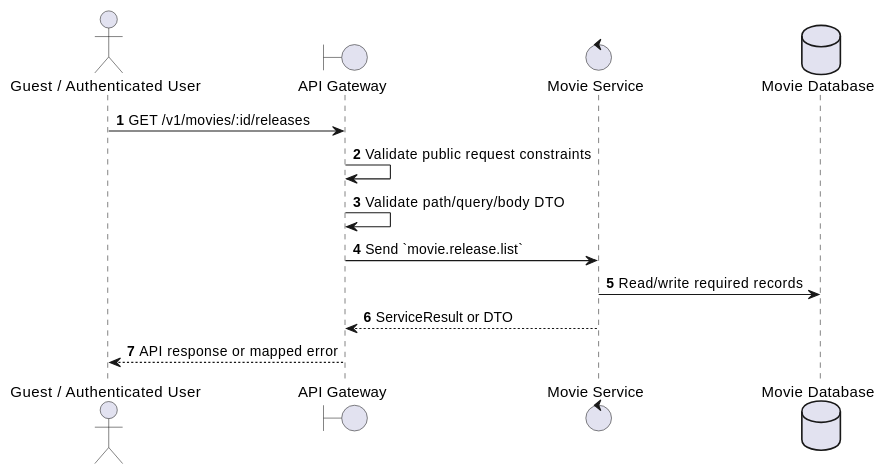
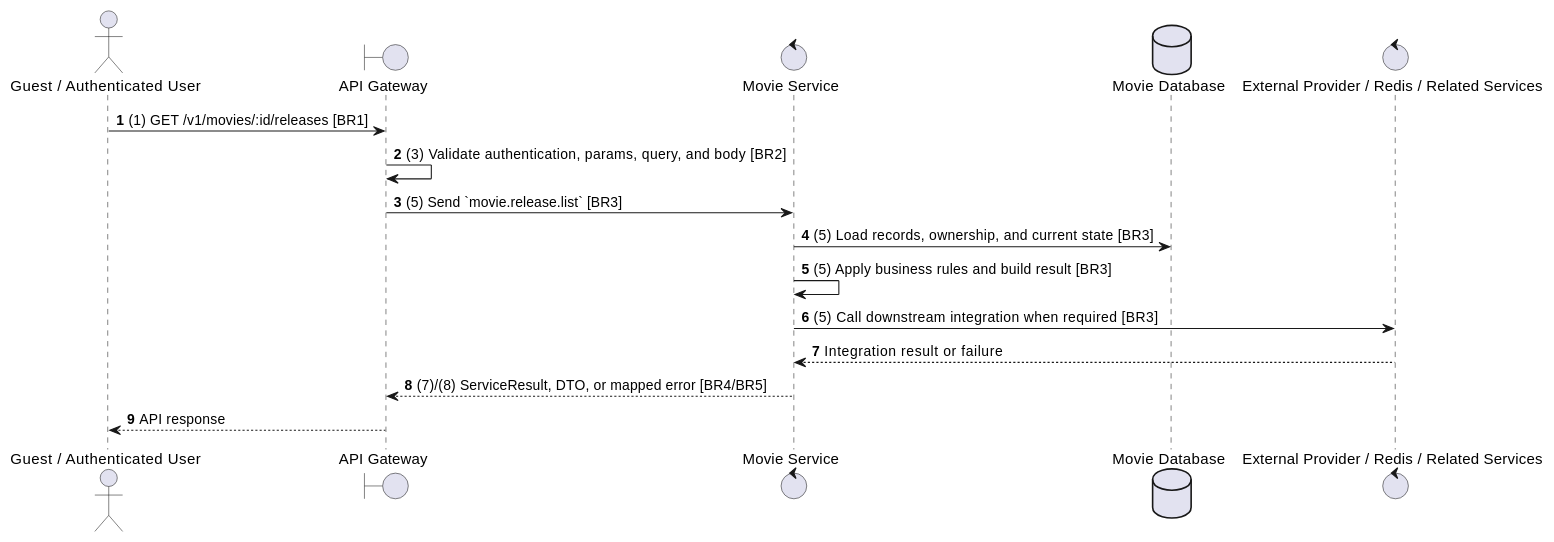
The second of 2 diagrams in docs/functional_specs/3.3.1_Movie_Catalog/MV-03_Get_Movie_Releases.md (Tanh1603/movie-hub-architecture), drawn with PlantUML before and after one commit. The commit also changed other lines of this file and 129 other files, not shown here.

````diff
--- a/docs/functional_specs/3.3.1_Movie_Catalog/MV-03_Get_Movie_Releases.md
+++ b/docs/functional_specs/3.3.1_Movie_Catalog/MV-03_Get_Movie_Releases.md
@@ -17,17 +64,20 @@
 ```plantuml
 @startuml
 autonumber
 actor "Guest / Authenticated User" as Actor
 boundary "API Gateway" as GW
 control "Movie Service" as SVC
 database "Movie Database" as DB
+control "External Provider / Redis / Related Services" as EXT
 
-Actor -> GW: GET /v1/movies/:id/releases
-GW -> GW: Validate public request constraints
-GW -> GW: Validate path/query/body DTO
-GW -> SVC: Send `movie.release.list`
-SVC -> DB: Read/write required records
-SVC --> GW: ServiceResult or DTO
-GW --> Actor: API response or mapped error
+Actor -> GW: (1) GET /v1/movies/:id/releases [BR1]
+GW -> GW: (3) Validate authentication, params, query, and body [BR2]
+GW -> SVC: (5) Send `movie.release.list` [BR3]
+SVC -> DB: (5) Load records, ownership, and current state [BR3]
+SVC -> SVC: (5) Apply business rules and build result [BR3]
+SVC -> EXT: (5) Call downstream integration when required [BR3]
+EXT --> SVC: Integration result or failure
+SVC --> GW: (7)/(8) ServiceResult, DTO, or mapped error [BR4/BR5]
+GW --> Actor: API response
 @enduml
 ```
````
